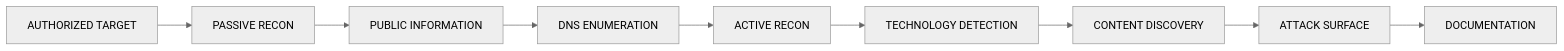
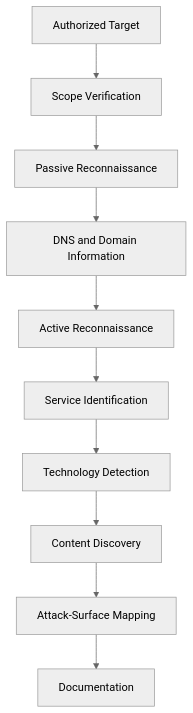
The second of 4 diagrams in README.md (GhostMaskR/Web-Application-Basics), drawn with Mermaid (neutral theme) before and after one commit. The commit also changed other lines of this file, not shown here.

````diff
--- a/README.md
+++ b/README.md
@@ -147,11 +316,12 @@
 ```mermaid
-flowchart LR
-A["AUTHORIZED TARGET"] --> B["PASSIVE RECON"]
-B --> C["PUBLIC INFORMATION"]
-C --> D["DNS ENUMERATION"]
-D --> E["ACTIVE RECON"]
-E --> F["TECHNOLOGY DETECTION"]
-F --> G["CONTENT DISCOVERY"]
-G --> H["ATTACK SURFACE"]
-H --> I["DOCUMENTATION"]
+flowchart TD
+    A["Authorized Target"] --> B["Scope Verification"]
+    B --> C["Passive Reconnaissance"]
+    C --> D["DNS and Domain Information"]
+    D --> E["Active Reconnaissance"]
+    E --> F["Service Identification"]
+    F --> G["Technology Detection"]
+    G --> H["Content Discovery"]
+    H --> I["Attack-Surface Mapping"]
+    I --> J["Documentation"]
 ```
````
